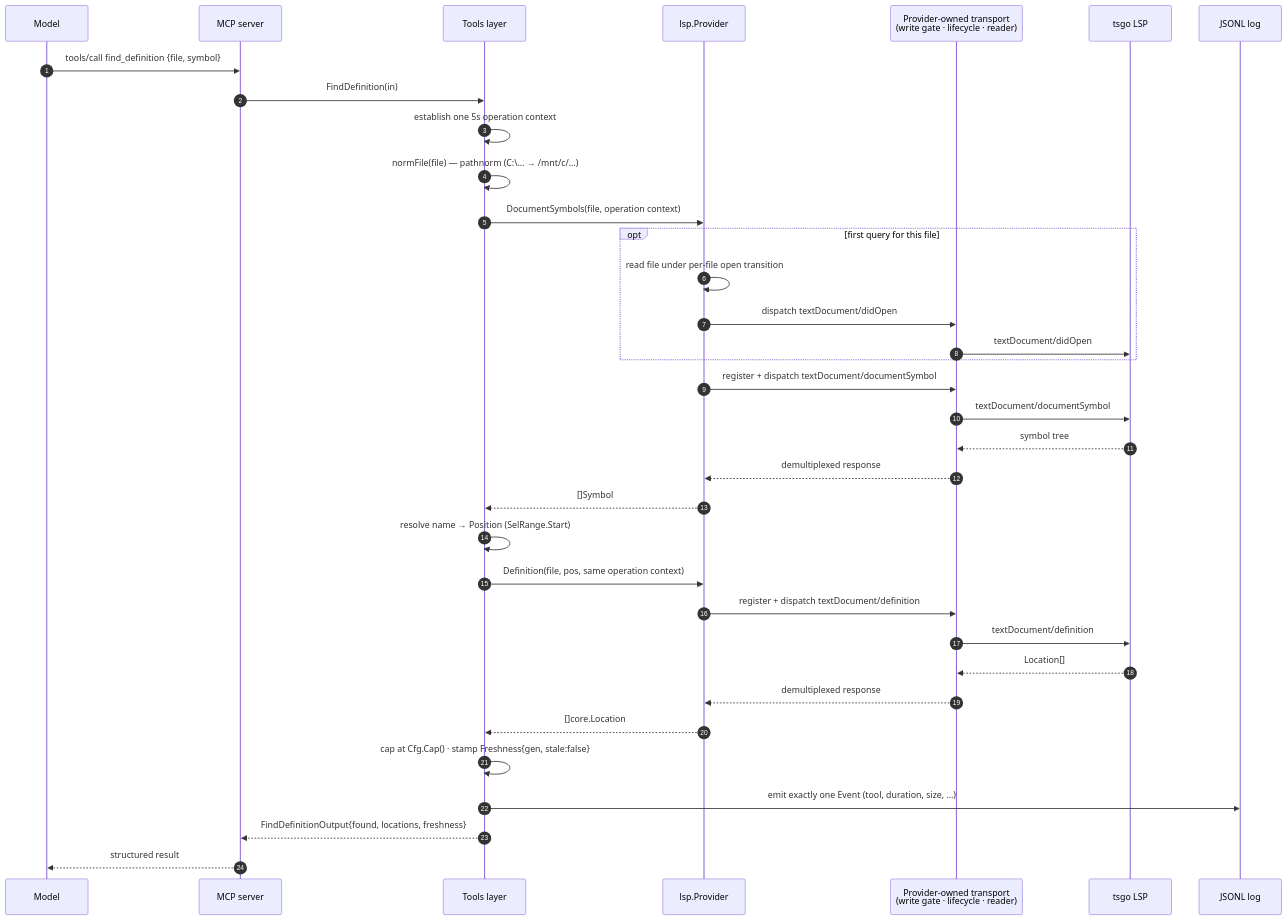
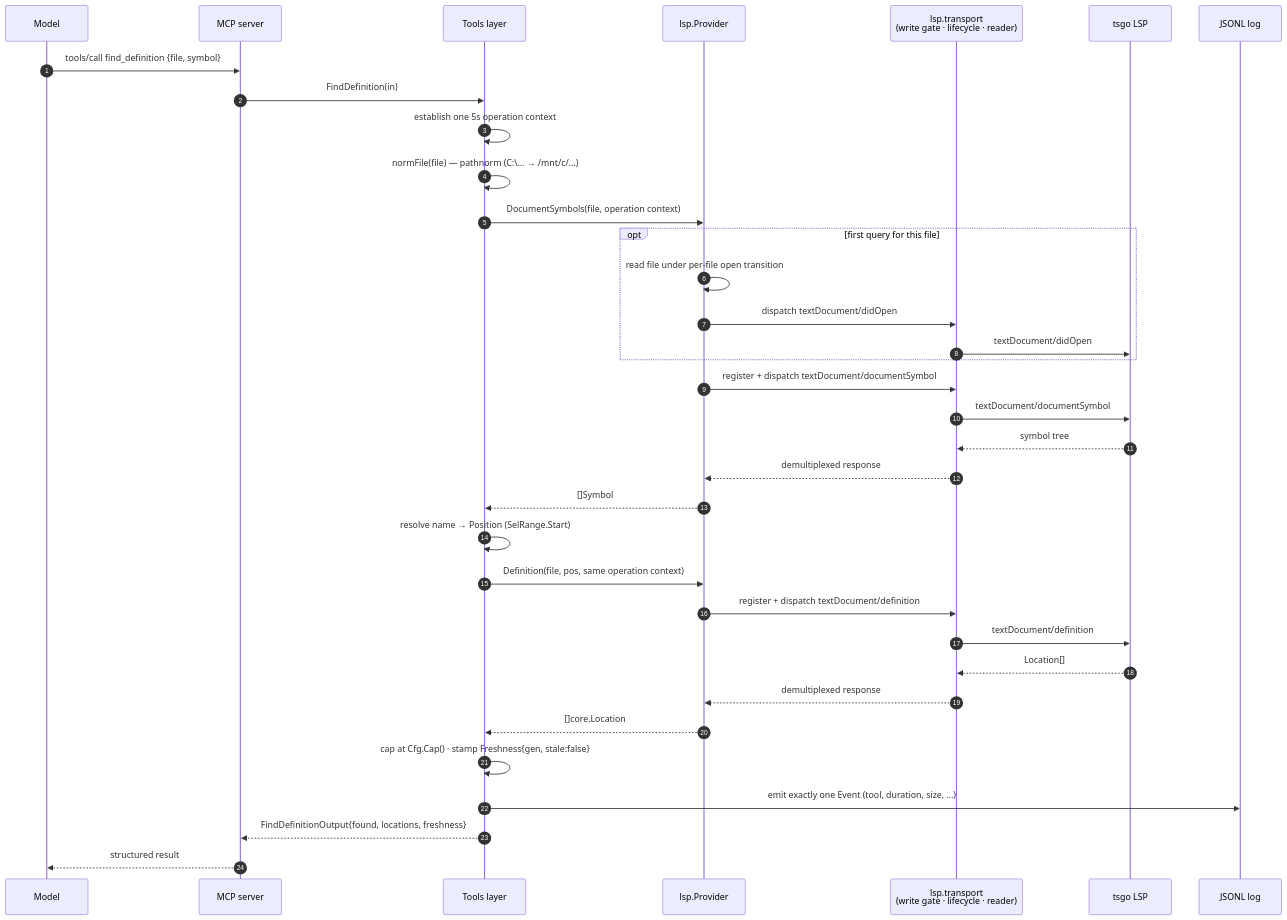
Before and after one commit to skflowne/portolan: the second of 6 diagrams in ARCHITECTURE.md, drawn with Mermaid.

Commit message:
Document LSP transport request path

````diff
--- a/ARCHITECTURE.md
+++ b/ARCHITECTURE.md
@@ -85,38 +85,38 @@
 ```mermaid
 sequenceDiagram
     autonumber
     participant M as Model
     participant S as MCP server
     participant T as Tools layer
     participant P as lsp.Provider
-    participant X as Provider-owned transport<br/>(write gate · lifecycle · reader)
+    participant R as lsp.transport<br/>(write gate · lifecycle · reader)
     participant G as tsgo LSP
     participant L as JSONL log
 
     M->>S: tools/call find_definition {file, symbol}
     S->>T: FindDefinition(in)
     T->>T: establish one 5s operation context
     T->>T: normFile(file) — pathnorm (C:\… → /mnt/c/…)
     T->>P: DocumentSymbols(file, operation context)
     opt first query for this file
         P->>P: read file under per-file open transition
-        P->>X: dispatch textDocument/didOpen
-        X->>G: textDocument/didOpen
+        P->>R: dispatch textDocument/didOpen
+        R->>G: textDocument/didOpen
     end
-    P->>X: register + dispatch textDocument/documentSymbol
-    X->>G: textDocument/documentSymbol
-    G-->>X: symbol tree
-    X-->>P: demultiplexed response
+    P->>R: register + dispatch textDocument/documentSymbol
+    R->>G: textDocument/documentSymbol
+    G-->>R: symbol tree
+    R-->>P: demultiplexed response
     P-->>T: []Symbol
     T->>T: resolve name → Position (SelRange.Start)
     T->>P: Definition(file, pos, same operation context)
-    P->>X: register + dispatch textDocument/definition
-    X->>G: textDocument/definition
-    G-->>X: Location[]
-    X-->>P: demultiplexed response
+    P->>R: register + dispatch textDocument/definition
+    R->>G: textDocument/definition
+    G-->>R: Location[]
+    R-->>P: demultiplexed response
     P-->>T: []core.Location
     T->>T: cap at Cfg.Cap() · stamp Freshness{gen, stale:false}
     T->>L: emit exactly one Event (tool, duration, size, …)
     T-->>S: FindDefinitionOutput{found, locations, freshness}
     S-->>M: structured result
 ```
````
